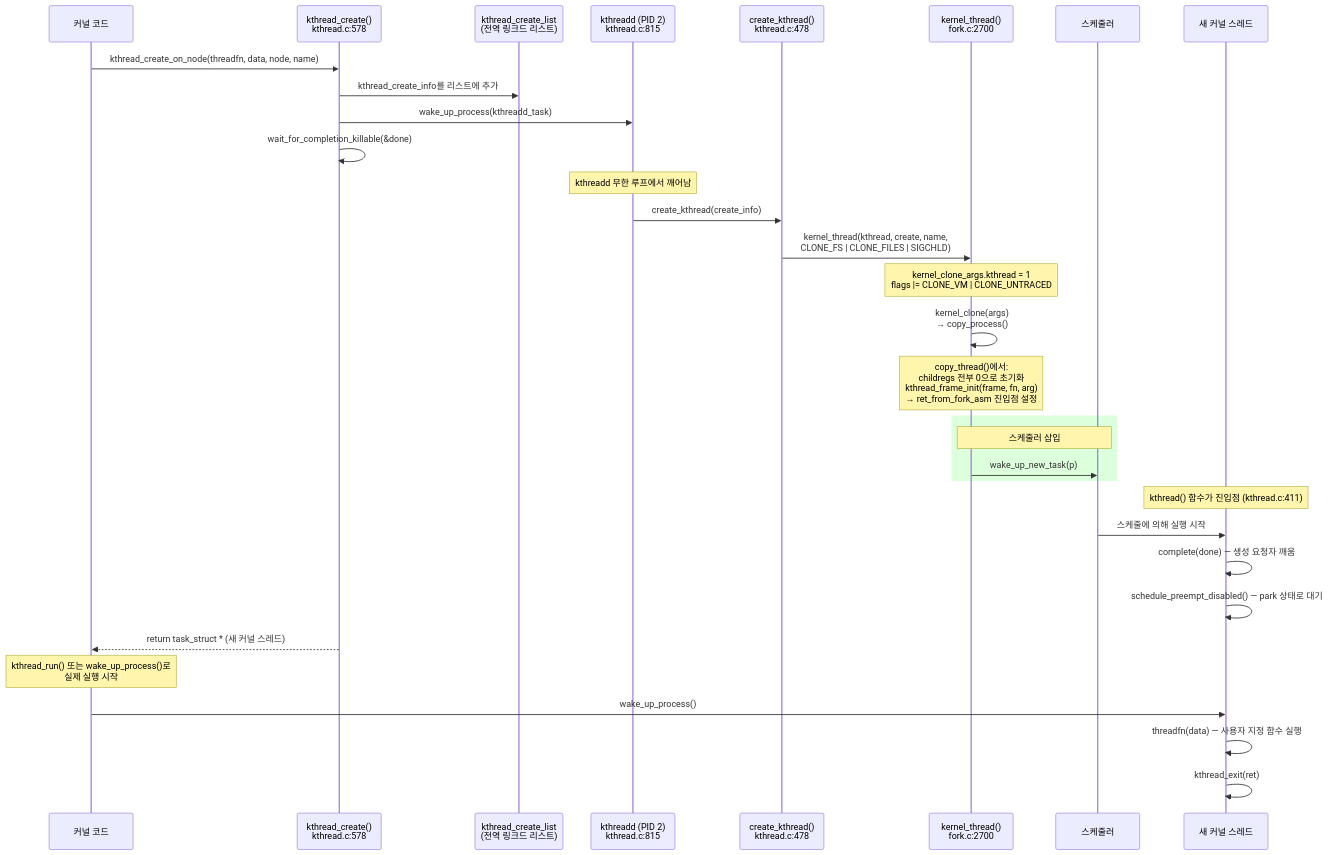
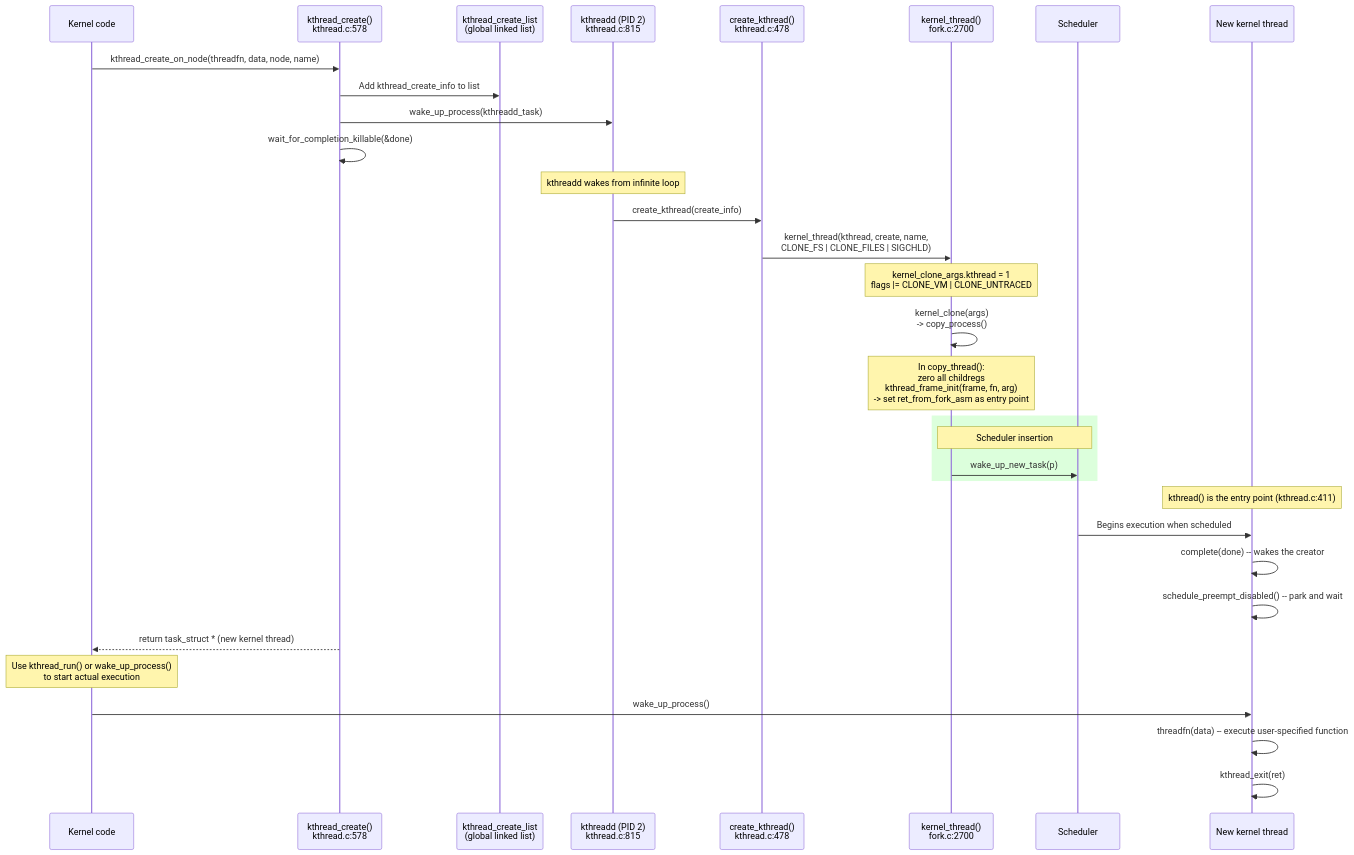
The fifth of 11 diagrams in process.md (inineapa/KernelDoc), drawn with Mermaid before and after one commit. The commit also changed other lines of this file, not shown here.

First line of the commit message:
Rewrite process.md: translate to English and expand termination coverage

````diff
--- a/process.md
+++ b/process.md
@@ -193,44 +260,44 @@
 ```mermaid
 sequenceDiagram
-    participant CALLER as 커널 코드
+    participant CALLER as Kernel code
     participant KCR as kthread_create()<br/>kthread.c:578
-    participant LIST as kthread_create_list<br/>(전역 링크드 리스트)
+    participant LIST as kthread_create_list<br/>(global linked list)
     participant KTD as kthreadd (PID 2)<br/>kthread.c:815
     participant CK as create_kthread()<br/>kthread.c:478
     participant KT as kernel_thread()<br/>fork.c:2700
-    participant SCHED as 스케줄러
-    participant NEW as 새 커널 스레드
+    participant SCHED as Scheduler
+    participant NEW as New kernel thread
 
     CALLER->>KCR: kthread_create_on_node(threadfn, data, node, name)
-    KCR->>LIST: kthread_create_info를 리스트에 추가
+    KCR->>LIST: Add kthread_create_info to list
     KCR->>KTD: wake_up_process(kthreadd_task)
     KCR->>KCR: wait_for_completion_killable(&done)
 
-    Note over KTD: kthreadd 무한 루프에서 깨어남
+    Note over KTD: kthreadd wakes from infinite loop
 
     KTD->>CK: create_kthread(create_info)
     CK->>KT: kernel_thread(kthread, create, name,<br/>CLONE_FS | CLONE_FILES | SIGCHLD)
 
     Note over KT: kernel_clone_args.kthread = 1<br/>flags |= CLONE_VM | CLONE_UNTRACED
 
-    KT->>KT: kernel_clone(args)<br/>→ copy_process()
-    Note over KT: copy_thread()에서:<br/>childregs 전부 0으로 초기화<br/>kthread_frame_init(frame, fn, arg)<br/>→ ret_from_fork_asm 진입점 설정
+    KT->>KT: kernel_clone(args)<br/>-> copy_process()
+    Note over KT: In copy_thread():<br/>zero all childregs<br/>kthread_frame_init(frame, fn, arg)<br/>-> set ret_from_fork_asm as entry point
 
     rect rgb(220, 255, 220)
-        Note over KT,SCHED: 스케줄러 삽입
+        Note over KT,SCHED: Scheduler insertion
         KT->>SCHED: wake_up_new_task(p)
     end
 
-    Note over NEW: kthread() 함수가 진입점 (kthread.c:411)
+    Note over NEW: kthread() is the entry point (kthread.c:411)
 
-    SCHED->>NEW: 스케줄에 의해 실행 시작
-    NEW->>NEW: complete(done) — 생성 요청자 깨움
-    NEW->>NEW: schedule_preempt_disabled() — park 상태로 대기
-    KCR-->>CALLER: return task_struct * (새 커널 스레드)
+    SCHED->>NEW: Begins execution when scheduled
+    NEW->>NEW: complete(done) -- wakes the creator
+    NEW->>NEW: schedule_preempt_disabled() -- park and wait
+    KCR-->>CALLER: return task_struct * (new kernel thread)
 
-    Note over CALLER: kthread_run() 또는 wake_up_process()로<br/>실제 실행 시작
+    Note over CALLER: Use kthread_run() or wake_up_process()<br/>to start actual execution
 
     CALLER->>NEW: wake_up_process()
-    NEW->>NEW: threadfn(data) — 사용자 지정 함수 실행
+    NEW->>NEW: threadfn(data) -- execute user-specified function
     NEW->>NEW: kthread_exit(ret)
 ```
````
